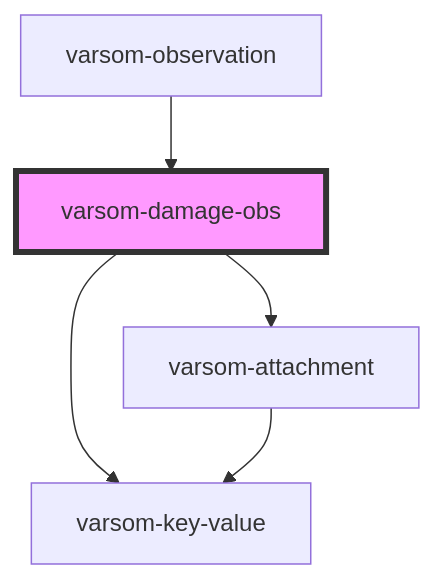
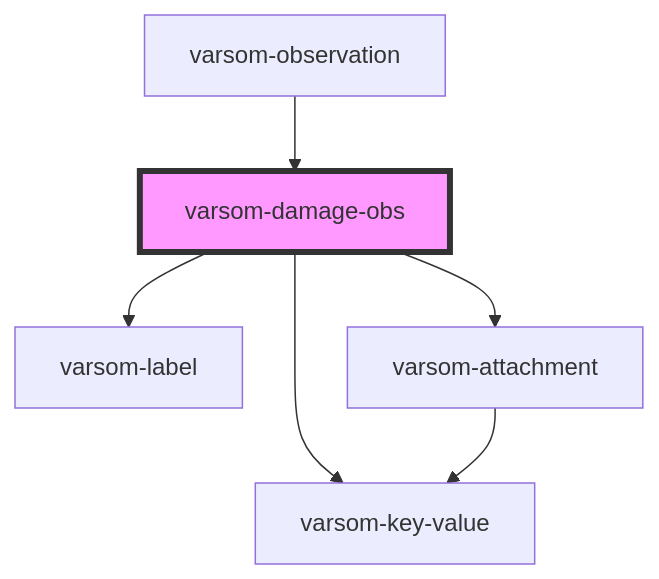
One commit to NVE/varsom-observation changed the diagram in src/components/varsom-damage-obs/readme.md. Above: the diagram before and after it, drawn with Mermaid. The commit also changed other lines of this file and 5 other files, not shown here.

````diff
--- a/src/components/varsom-damage-obs/readme.md
+++ b/src/components/varsom-damage-obs/readme.md
@@ -35,8 +36,9 @@
 ```mermaid
 graph TD;
+  varsom-damage-obs --> varsom-label
   varsom-damage-obs --> varsom-key-value
   varsom-damage-obs --> varsom-attachment
   varsom-attachment --> varsom-key-value
   varsom-observation --> varsom-damage-obs
   style varsom-damage-obs fill:#f9f,stroke:#333,stroke-width:4px
 ```
````
